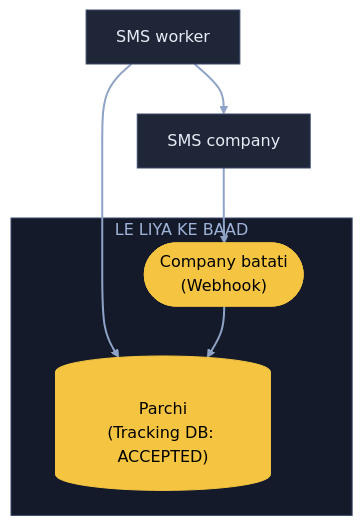
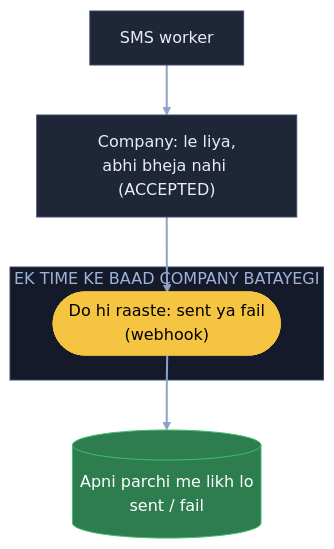
Before and after one commit to ArpanMaheshwari144/Prep: the seventh of 9 diagrams in 04_HLD/SYSTEM_DESIGNS/04_notification_system/04_notification_system.md, drawn with Mermaid. The commit also changed other lines of this file, not shown here.

Commit message:
Notification: 9 diagram hand notes ke shabdon se (K9: OTP seedha, DB nahi)

````diff
--- a/04_HLD/SYSTEM_DESIGNS/04_notification_system/04_notification_system.md
+++ b/04_HLD/SYSTEM_DESIGNS/04_notification_system/04_notification_system.md
@@ -265,19 +246,18 @@
 ```mermaid
 flowchart TB
     W["SMS worker"]:::card
-    C["SMS company"]:::card
-    subgraph LB["LE LIYA KE BAAD"]
-        T[("Parchi<br/>(Tracking DB: ACCEPTED)")]:::pill
-        H(["Company batati<br/>(Webhook)"]):::pill
+    C["Company: le liya,<br/>abhi bheja nahi (ACCEPTED)"]:::card
+    subgraph LB["EK TIME KE BAAD COMPANY BATAYEGI"]
+        H(["Do hi raaste: sent ya fail<br/>(webhook)"]):::pill
     end
+    P[("Apni parchi me likh lo<br/>sent / fail")]:::good
     W --> C
-    W --> T
     C --> H
-    H --> T
+    H --> P
     linkStyle default stroke:#8fa3c7,stroke-width:2px
     classDef card fill:#1e2638,stroke:#3a4a6b,color:#e8ecf5
     classDef pill fill:#f5c542,stroke:#f5c542,color:#000
     classDef good fill:#2e7d4f,stroke:#3fbf6f,color:#fff
     classDef bad fill:#5c1f24,stroke:#e05561,color:#fff
     style LB fill:#141a29,stroke:#3a4a6b,color:#9fb3d9
 ```
````
